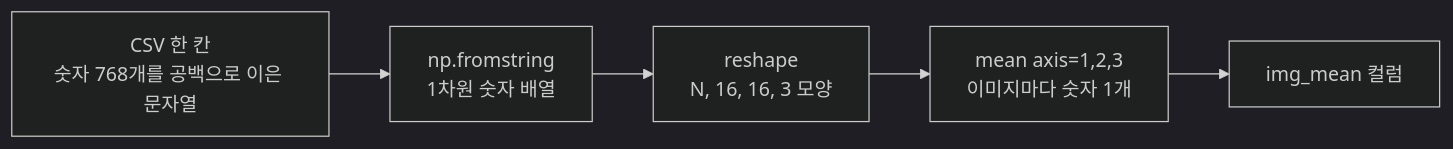
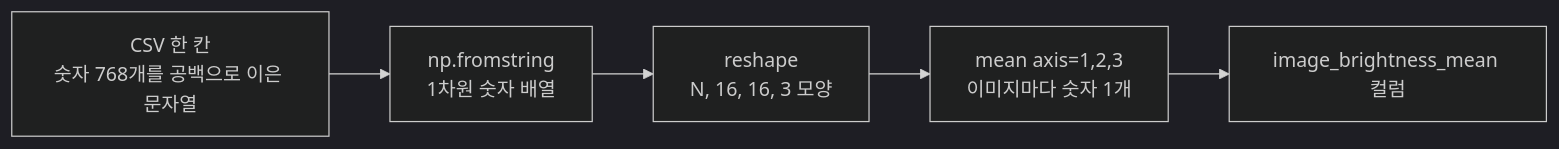
Before and after one commit to 0802222/Codyssey-A1-1-RFM: the fourth of 4 diagrams in README.md, drawn with Mermaid (dark theme). The commit also changed other lines of this file and 4 other files, not shown here.

````diff
--- a/README.md
+++ b/README.md
@@ -311,7 +324,7 @@
 ```mermaid
 flowchart LR
     A["CSV 한 칸<br>숫자 768개를 공백으로 이은 문자열"] --> B["np.fromstring<br>1차원 숫자 배열"]
     B --> C["reshape<br>N, 16, 16, 3 모양"]
     C --> D["mean axis=1,2,3<br>이미지마다 숫자 1개"]
-    D --> E["img_mean 컬럼"]
+    D --> E["image_brightness_mean 컬럼"]
 ```
````
